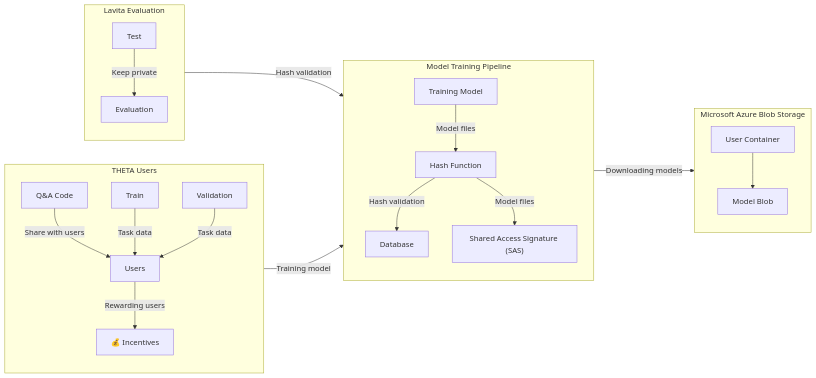
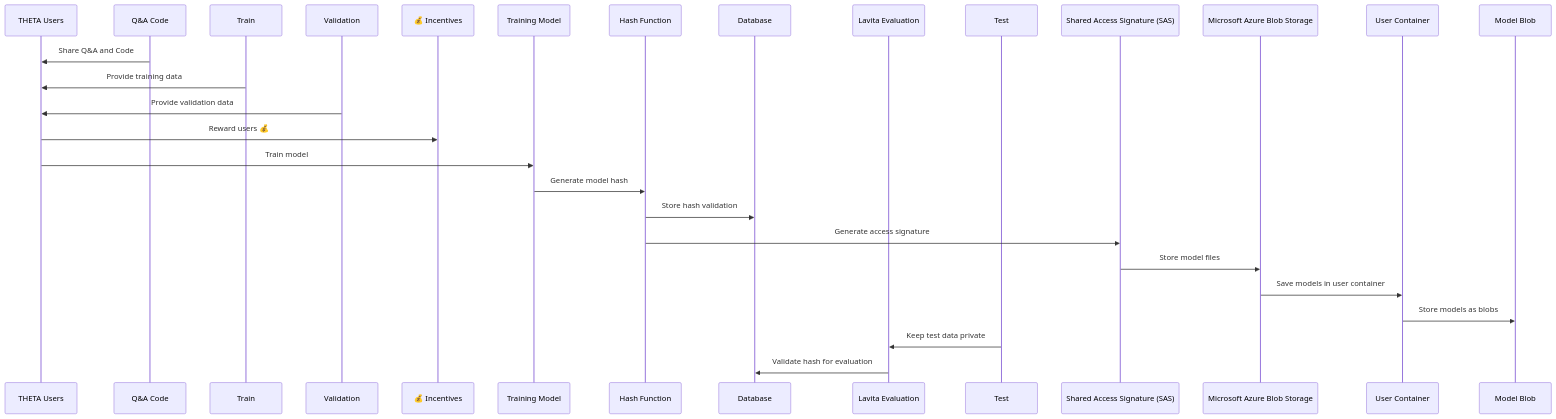
One commit to phosseini/lavita-docs changed the diagram in ai-jobs/overview.mdx. Above: the diagram before and after it, drawn with Mermaid.

Commit message:
Documentation edits made through Mintlify web editor

````diff
--- a/ai-jobs/overview.mdx
+++ b/ai-jobs/overview.mdx
@@ -5,29 +5,31 @@
 ```mermaid
-flowchart LR
-    subgraph THETA_Users["THETA Users"]
-        direction TB
-        QA_Code["Q&A Code"] -->|Share with users| Users
-        Train["Train"] & Validation["Validation"] -->|Task data| Users
-        Users -->|Rewarding users| Incentives["💰 Incentives"]
-    end
+sequenceDiagram
+    participant User as THETA Users
+    participant QACode as Q&A Code
+    participant Train as Train
+    participant Validation as Validation
+    participant Incentives as 💰 Incentives
+    participant Model as Training Model
+    participant HashFunc as Hash Function
+    participant DB as Database
+    participant Eval as Lavita Evaluation
+    participant Test as Test
+    participant SAS as Shared Access Signature (SAS)
+    participant Azure as Microsoft Azure Blob Storage
+    participant Container as User Container
+    participant Blob as Model Blob
 
-    subgraph Model_Training["Model Training Pipeline"]
-        direction TB
-        Users -->|Training model| Training_Model["Training Model"]
-        Training_Model -->|Model files| Hash_Function["Hash Function"]
-        Hash_Function -->|Hash validation| Database["Database"]
-        Hash_Function -->|Model files| SAS["Shared Access Signature (SAS)"]
-    end
-
-    subgraph Lavita_Evaluation["Lavita Evaluation"]
-        direction TB
-        Test["Test"] -->|Keep private| Evaluation["Evaluation"]
-        Evaluation -->|Hash validation| Database
-    end
-
-    subgraph Azure_Storage["Microsoft Azure Blob Storage"]
-        direction TB
-        SAS -->|Downloading models| User_Container["User Container"]
-        User_Container --> Model_Blob["Model Blob"]
-    end
+    QACode ->> User: Share Q&A and Code
+    Train ->> User: Provide training data
+    Validation ->> User: Provide validation data
+    User ->> Incentives: Reward users 💰
+    User ->> Model: Train model
+    Model ->> HashFunc: Generate model hash
+    HashFunc ->> DB: Store hash validation
+    HashFunc ->> SAS: Generate access signature
+    SAS ->> Azure: Store model files
+    Azure ->> Container: Save models in user container
+    Container ->> Blob: Store models as blobs
+    Test ->> Eval: Keep test data private
+    Eval ->> DB: Validate hash for evaluation
 ```
````
